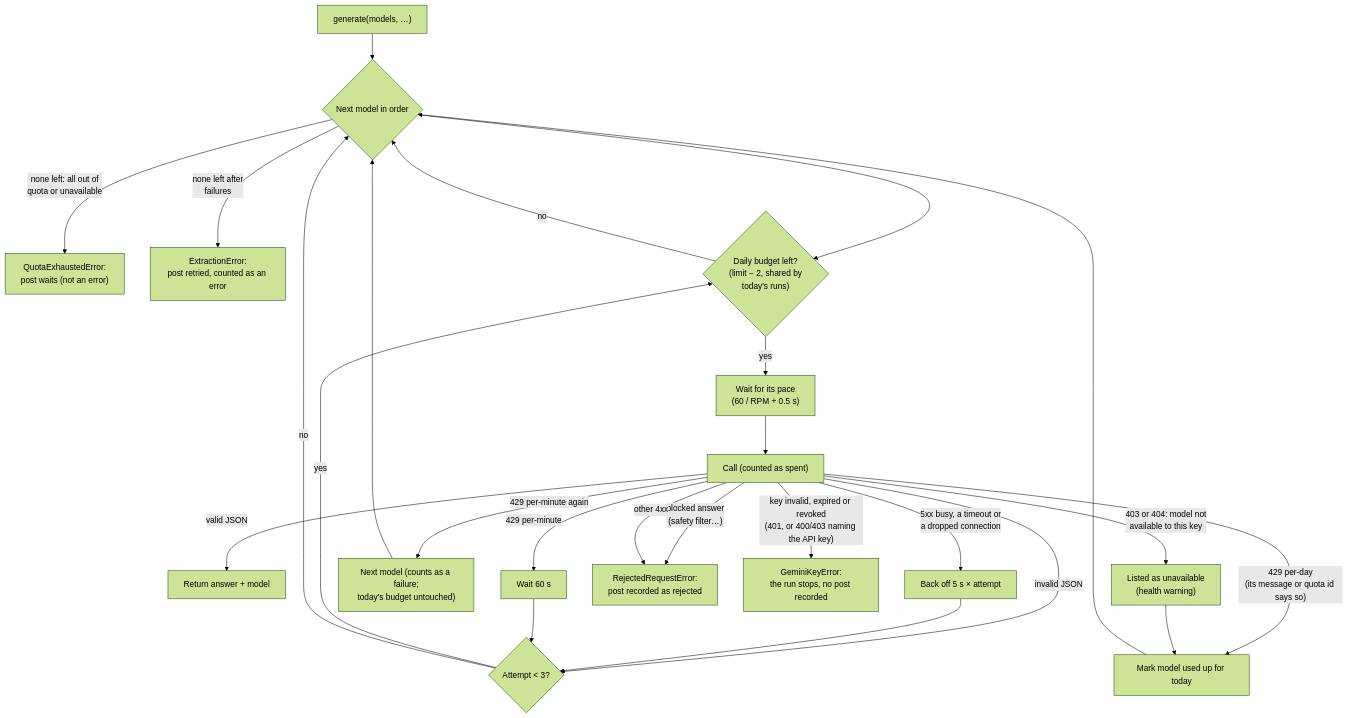
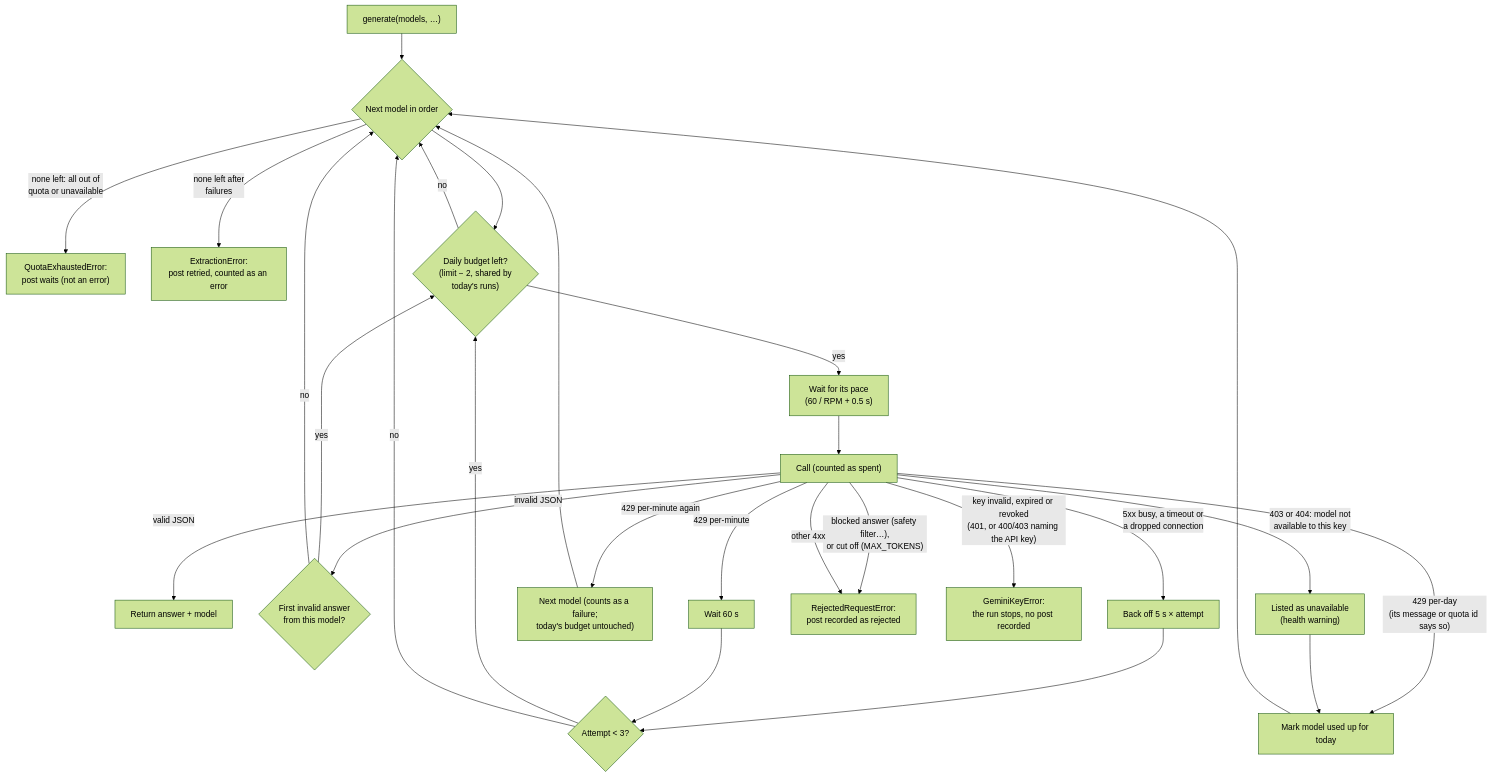
The fifth of 12 diagrams in docs/ARCHITECTURE.md (pa-bailar/backend), drawn with Mermaid (forest theme) before and after one commit. The commit also changed other lines of this file and 8 other files, not shown here.

````diff
--- a/docs/ARCHITECTURE.md
+++ b/docs/ARCHITECTURE.md
@@ -669,21 +670,23 @@
 ```mermaid
 flowchart TD
     S["generate(models, …)"] --> M{"Next model in order"}
     M -->|"none left: all out of<br/>quota or unavailable"| Q["QuotaExhaustedError:<br/>post waits (not an error)"]
     M -->|"none left after<br/>failures"| E["ExtractionError:<br/>post retried, counted as an error"]
     M --> B{"Daily budget left?<br/>(limit − 2, shared by<br/>today's runs)"}
     B -->|no| M
     B -->|yes| PACE["Wait for its pace<br/>(60 / RPM + 0.5 s)"] --> CALL["Call (counted as spent)"]
     CALL -->|"valid JSON"| OK["Return answer + model"]
-    CALL -->|"invalid JSON"| RETRY{"Attempt < 3?"}
-    CALL -->|"5xx busy, a timeout or<br/>a dropped connection"| BACK["Back off 5 s × attempt"] --> RETRY
+    CALL -->|"invalid JSON"| RETRY2{"First invalid answer<br/>from this model?"}
+    RETRY2 -->|yes| B
+    RETRY2 -->|no| M
+    CALL -->|"5xx busy, a timeout or<br/>a dropped connection"| BACK["Back off 5 s × attempt"] --> RETRY{"Attempt < 3?"}
     CALL -->|"429 per-minute"| WAIT["Wait 60 s"] --> RETRY
     CALL -->|"429 per-minute again"| BUSY["Next model (counts as a failure;<br/>today's budget untouched)"] --> M
     CALL -->|"429 per-day<br/>(its message or quota id says so)"| EXH["Mark model used up for today"] --> M
     CALL -->|"403 or 404: model not<br/>available to this key"| UNAV["Listed as unavailable<br/>(health warning)"] --> EXH
-    CALL -->|"blocked answer<br/>(safety filter…)"| REJ["RejectedRequestError:<br/>post recorded as rejected"]
+    CALL -->|"blocked answer (safety filter…),<br/>or cut off (MAX_TOKENS)"| REJ["RejectedRequestError:<br/>post recorded as rejected"]
     CALL -->|"key invalid, expired or revoked<br/>(401, or 400/403 naming the API key)"| KEY["GeminiKeyError:<br/>the run stops, no post recorded"]
     CALL -->|"other 4xx"| REJ
     RETRY -->|yes| B
     RETRY -->|no| M
 ```
````
